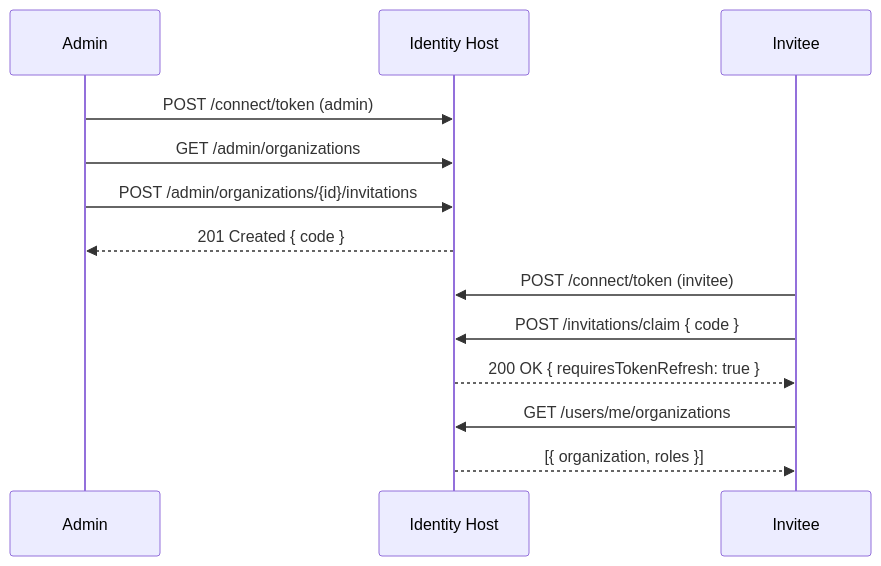
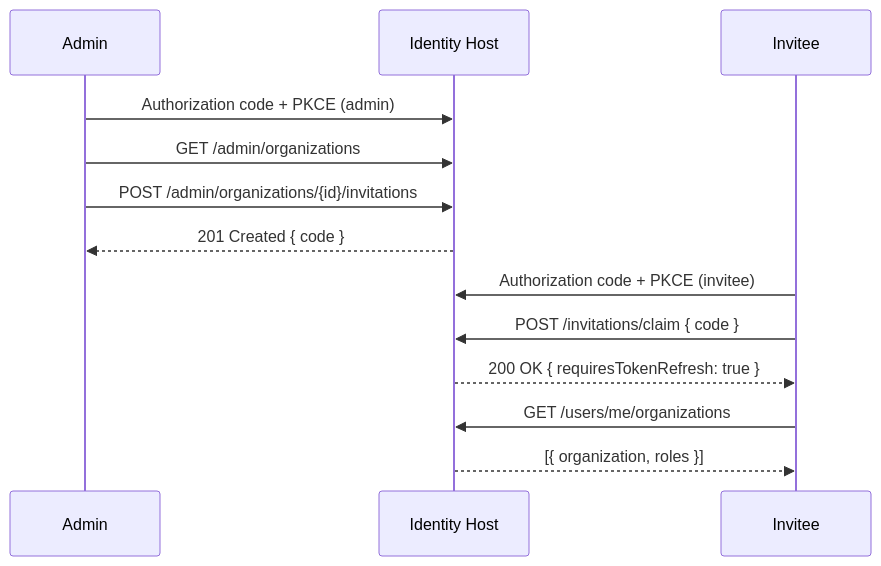
Before and after one commit to Amaretto-Software-Labs/identity-base: the diagram in docs/playbooks/organization-invitation-flow.md, drawn with Mermaid. The commit also changed other lines of this file and 45 other files, not shown here.

First line of the commit message:
Refactor OpenIddict flows and enhance validation (#14)

````diff
--- a/docs/playbooks/organization-invitation-flow.md
+++ b/docs/playbooks/organization-invitation-flow.md
@@ -98,15 +136,15 @@
 ```mermaid
 sequenceDiagram
   participant Admin
   participant Host as Identity Host
   participant Invitee
-  Admin->>Host: POST /connect/token (admin)
+  Admin->>Host: Authorization code + PKCE (admin)
   Admin->>Host: GET /admin/organizations
   Admin->>Host: POST /admin/organizations/{id}/invitations
   Host-->>Admin: 201 Created { code }
-  Invitee->>Host: POST /connect/token (invitee)
+  Invitee->>Host: Authorization code + PKCE (invitee)
   Invitee->>Host: POST /invitations/claim { code }
   Host-->>Invitee: 200 OK { requiresTokenRefresh: true }
   Invitee->>Host: GET /users/me/organizations
   Host-->>Invitee: [{ organization, roles }]
 ```
````
